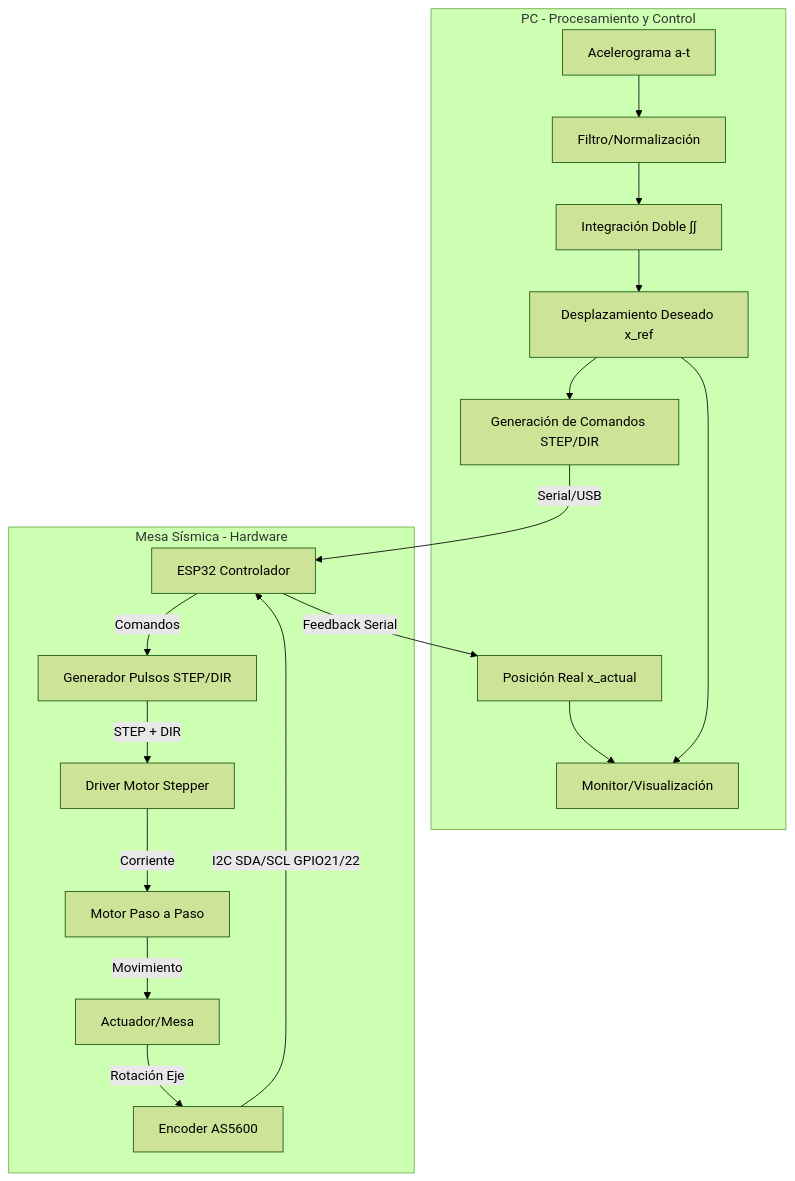
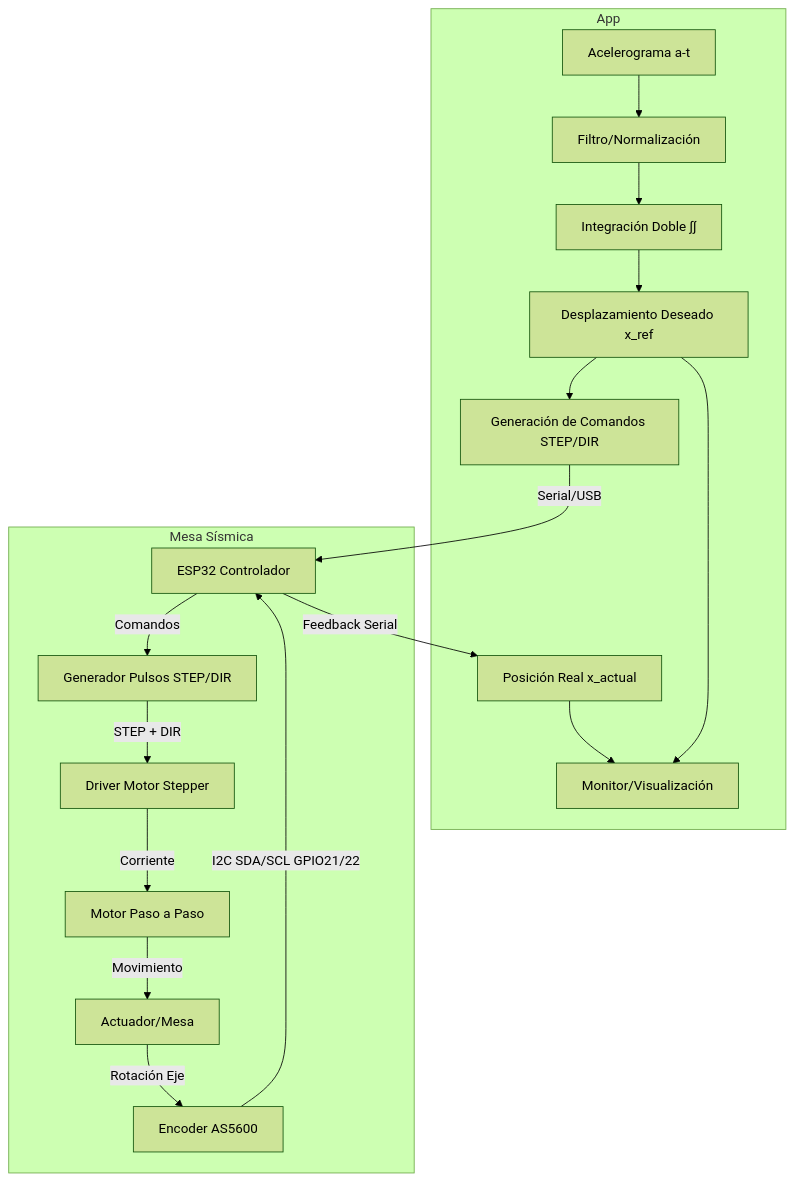
Before and after one commit to Alexbypain/sistema-mesa-sismica: the first of 3 diagrams in README.md, drawn with Mermaid (forest theme). The commit also changed other lines of this file, not shown here.

Commit message:
fix  use of case diagram README.md

````diff
--- a/README.md
+++ b/README.md
@@ -17,31 +17,31 @@
 ```mermaid
 graph TD
-    subgraph PC["PC - Procesamiento y Control"]
+    subgraph PC["App"]
         A[Acelerograma a-t] --> B[Filtro/Normalización]
         B --> C[Integración Doble ∫∫]
         C --> D[Desplazamiento Deseado x_ref]
         D --> CMD[Generación de Comandos STEP/DIR]
         F[Monitor/Visualización]
         POS[Posición Real x_actual] --> F
         D --> F
     end
     
     CMD -->|Serial/USB| G
     
-    subgraph Mesa["Mesa Sísmica - Hardware"]
+    subgraph Mesa["Mesa Sísmica"]
         G[ESP32 Controlador]
         K[Encoder AS5600]
         GEN[Generador Pulsos STEP/DIR]
         H[Driver Motor Stepper]
         I[Motor Paso a Paso]
         J[Actuador/Mesa]
        
         G -->|Comandos| GEN
         GEN -->|STEP + DIR| H
         H -->|Corriente| I
         I -->|Movimiento| J
         J -->|Rotación Eje| K
         K -->|I2C SDA/SCL GPIO21/22| G
         G -->|Feedback Serial| POS
     end
 ```
````
